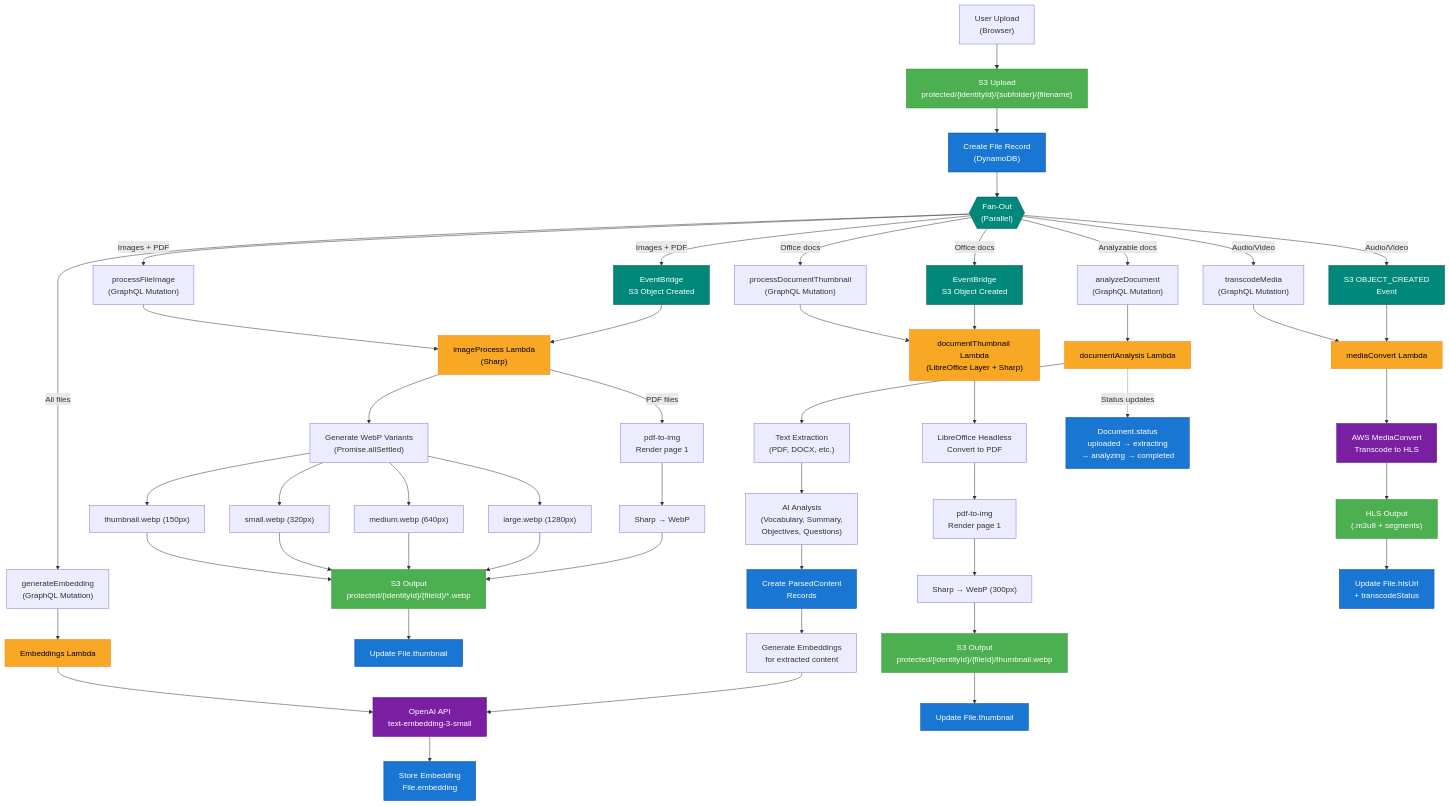
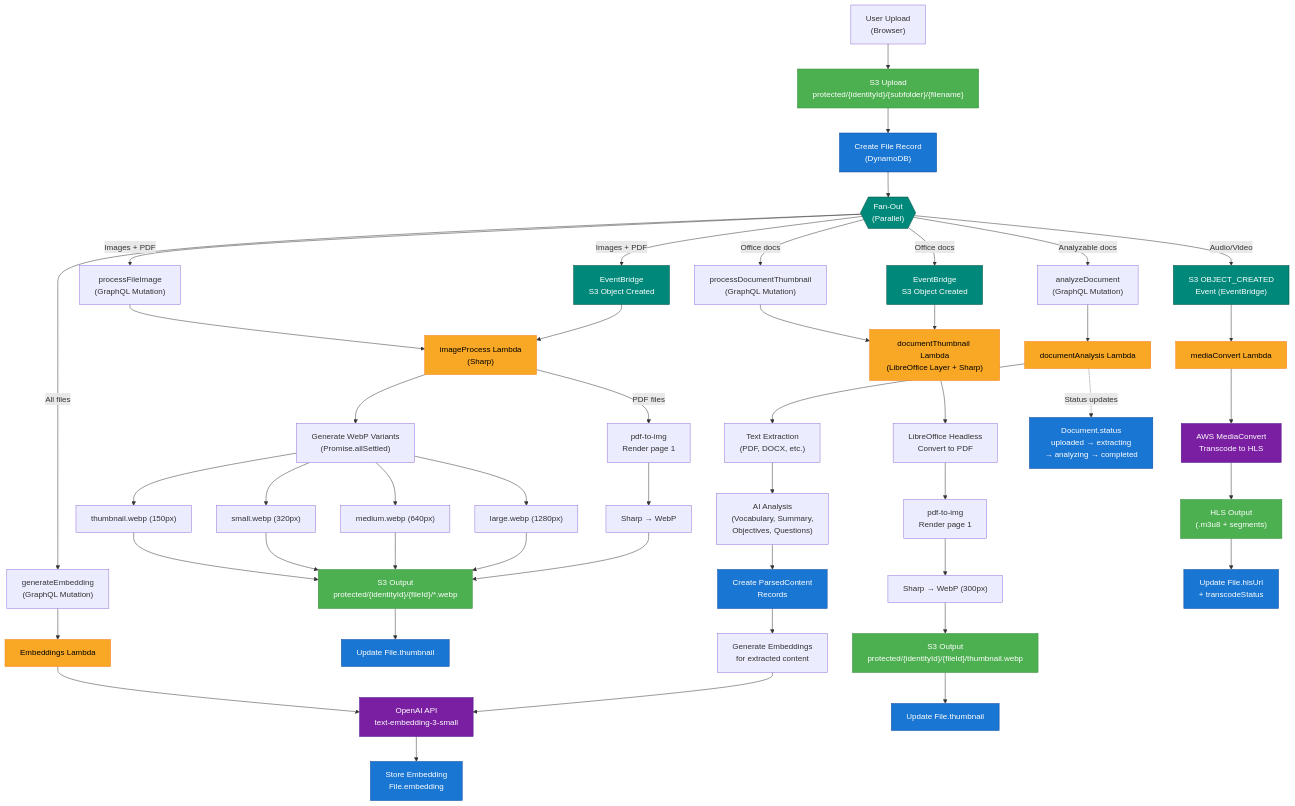
The first of 2 diagrams in docs/FILE_PROCESSING_PIPELINE.md (ExcitingTheory/amplify-homework-supply), drawn with Mermaid before and after one commit. The commit also changed other lines of this file and 83 other files, not shown here.

````diff
--- a/docs/FILE_PROCESSING_PIPELINE.md
+++ b/docs/FILE_PROCESSING_PIPELINE.md
@@ -19,81 +19,79 @@
 ```mermaid
 flowchart TD
     %% Upload Entry
     Upload["User Upload<br/>(Browser)"] --> S3["S3 Upload<br/>protected/{identityId}/{subfolder}/{filename}"]
     S3 --> FileRecord["Create File Record<br/>(DynamoDB)"]
 
     %% Fan-out from upload
     FileRecord --> FanOut{{"Fan-Out<br/>(Parallel)"}}
 
     %% Branch 1: Embedding
     FanOut -->|All files| EmbedMutation["generateEmbedding<br/>(GraphQL Mutation)"]
     EmbedMutation --> EmbedLambda["Embeddings Lambda"]
     EmbedLambda --> OpenAI_Embed["OpenAI API<br/>text-embedding-3-small"]
     OpenAI_Embed --> EmbedStore["Store Embedding<br/>File.embedding"]
 
     %% Branch 2: Image Processing
     FanOut -->|Images + PDF| ImgMutation["processFileImage<br/>(GraphQL Mutation)"]
     FanOut -->|Images + PDF| ImgEvent["EventBridge<br/>S3 Object Created"]
     ImgMutation --> ImgLambda["imageProcess Lambda<br/>(Sharp)"]
     ImgEvent --> ImgLambda
     ImgLambda --> ImgVariants["Generate WebP Variants<br/>(Promise.allSettled)"]
     ImgVariants --> Thumb["thumbnail.webp (150px)"]
     ImgVariants --> Small["small.webp (320px)"]
     ImgVariants --> Medium["medium.webp (640px)"]
     ImgVariants --> Large["large.webp (1280px)"]
     Thumb --> S3Out["S3 Output<br/>protected/{identityId}/{fileId}/*.webp"]
     Small --> S3Out
     Medium --> S3Out
     Large --> S3Out
     S3Out --> UpdateFile1["Update File.thumbnail"]
 
     %% PDF thumbnail sub-path
     ImgLambda -->|PDF files| PdfRender["pdf-to-img<br/>Render page 1"]
     PdfRender --> SharpPdf["Sharp → WebP"]
     SharpPdf --> S3Out
 
     %% Branch 3: Document Thumbnail
     FanOut -->|Office docs| DocMutation["processDocumentThumbnail<br/>(GraphQL Mutation)"]
     FanOut -->|Office docs| DocEvent["EventBridge<br/>S3 Object Created"]
     DocMutation --> DocLambda["documentThumbnail Lambda<br/>(LibreOffice Layer + Sharp)"]
     DocEvent --> DocLambda
     DocLambda --> LibreOffice["LibreOffice Headless<br/>Convert to PDF"]
     LibreOffice --> DocPdfRender["pdf-to-img<br/>Render page 1"]
     DocPdfRender --> DocSharp["Sharp → WebP (300px)"]
     DocSharp --> DocS3["S3 Output<br/>protected/{identityId}/{fileId}/thumbnail.webp"]
     DocS3 --> UpdateFile2["Update File.thumbnail"]
 
     %% Branch 4: Document Analysis
     FanOut -->|Analyzable docs| AnalyzeMutation["analyzeDocument<br/>(GraphQL Mutation)"]
     AnalyzeMutation --> AnalyzeLambda["documentAnalysis Lambda"]
     AnalyzeLambda --> Extract["Text Extraction<br/>(PDF, DOCX, etc.)"]
     Extract --> Analyze["AI Analysis<br/>(Vocabulary, Summary,<br/>Objectives, Questions)"]
     Analyze --> ParsedContent["Create ParsedContent<br/>Records"]
     ParsedContent --> ContentEmbed["Generate Embeddings<br/>for extracted content"]
     ContentEmbed --> OpenAI_Embed
 
     %% Branch 5: Media Conversion
-    FanOut -->|Audio/Video| MediaMutation["transcodeMedia<br/>(GraphQL Mutation)"]
-    FanOut -->|Audio/Video| MediaEvent["S3 OBJECT_CREATED<br/>Event"]
-    MediaMutation --> MediaLambda["mediaConvert Lambda"]
-    MediaEvent --> MediaLambda
+    FanOut -->|Audio/Video| MediaEvent["S3 OBJECT_CREATED<br/>Event (EventBridge)"]
+    MediaEvent --> MediaLambda["mediaConvert Lambda"]
     MediaLambda --> MediaConvert["AWS MediaConvert<br/>Transcode to HLS"]
     MediaConvert --> HLS["HLS Output<br/>(.m3u8 + segments)"]
     HLS --> UpdateFile3["Update File.hlsUrl<br/>+ transcodeStatus"]
 
     %% Status tracking
     AnalyzeLambda -.->|Status updates| StatusTrack["Document.status<br/>uploaded → extracting<br/>→ analyzing → completed"]
 
     %% Styling
     classDef lambda fill:#f9a825,stroke:#f57f17,color:#000
     classDef s3 fill:#4caf50,stroke:#388e3c,color:#fff
     classDef db fill:#1976d2,stroke:#0d47a1,color:#fff
     classDef api fill:#7b1fa2,stroke:#4a148c,color:#fff
     classDef event fill:#00897b,stroke:#004d40,color:#fff
 
     class ImgLambda,DocLambda,EmbedLambda,AnalyzeLambda,MediaLambda lambda
     class S3,S3Out,DocS3,HLS s3
     class FileRecord,EmbedStore,ParsedContent,UpdateFile1,UpdateFile2,UpdateFile3,StatusTrack db
     class OpenAI_Embed,MediaConvert api
     class ImgEvent,DocEvent,MediaEvent,FanOut event
 ```
````
